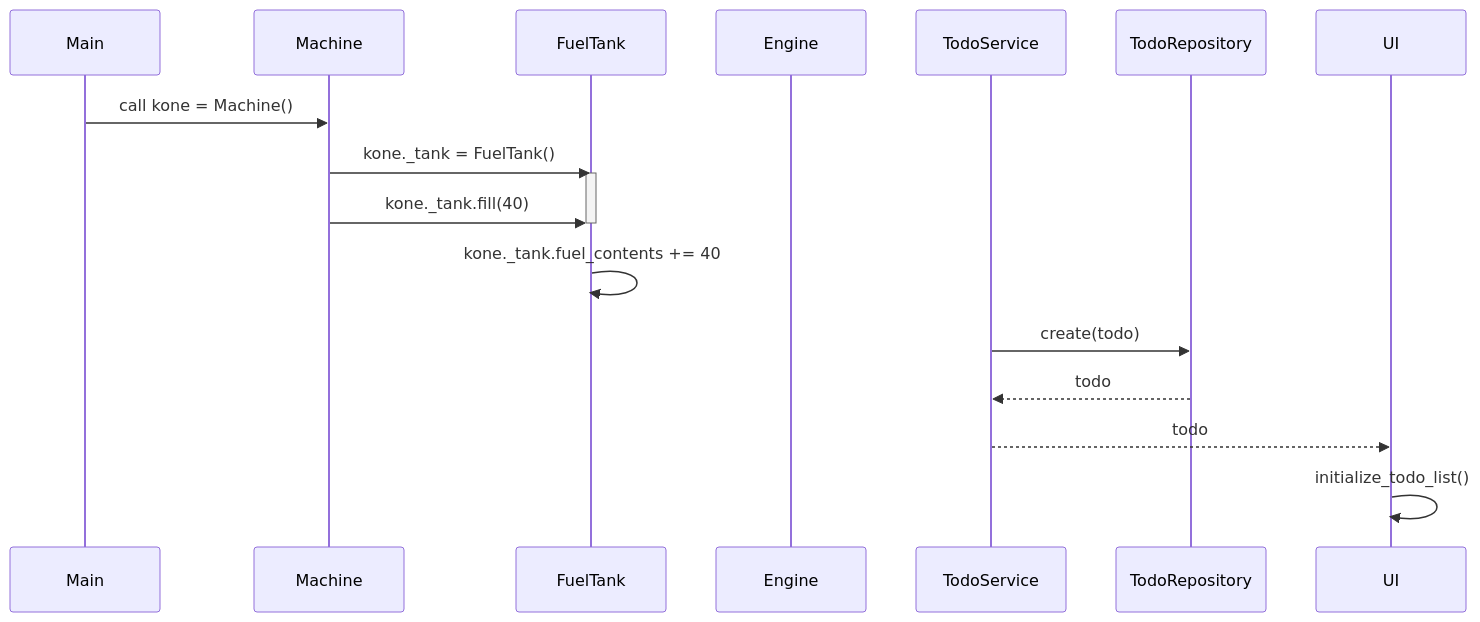
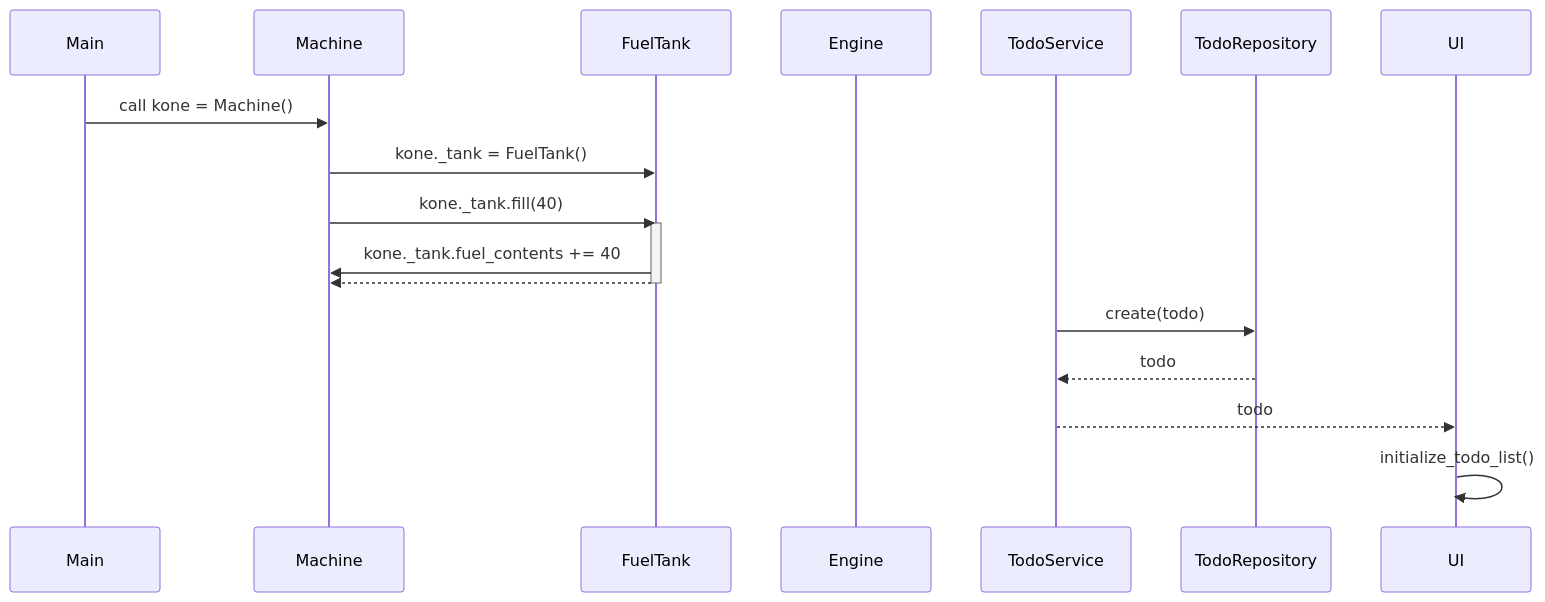
The diagram in laskarit/viikko3/sekvenssikaavio.md (EeroAnt/ot-harjoitusty-), drawn with Mermaid before and after one commit.

Commit message:
sekvenssikaavio v0.134

````diff
--- a/laskarit/viikko3/sekvenssikaavio.md
+++ b/laskarit/viikko3/sekvenssikaavio.md
@@ -1,17 +1,18 @@
 ```mermaid
 sequenceDiagram
   participant Main
   participant Machine
   participant FuelTank
   participant Engine
   Main->>Machine: call kone = Machine()
   Machine->>FuelTank: kone._tank = FuelTank()
+  Machine->>FuelTank: kone._tank.fill(40)
   activate FuelTank
-  Machine->>FuelTank: kone._tank.fill(40)
+  FuelTank->>Machine: kone._tank.fuel_contents += 40  
+  FuelTank-->>Machine:
   deactivate FuelTank
-  FuelTank->>FuelTank: kone._tank.fuel_contents += 40  
   TodoService->>TodoRepository: create(todo)
   TodoRepository-->>TodoService: todo
   TodoService-->>UI: todo 
   UI->>UI: initialize_todo_list()
 ```
````
